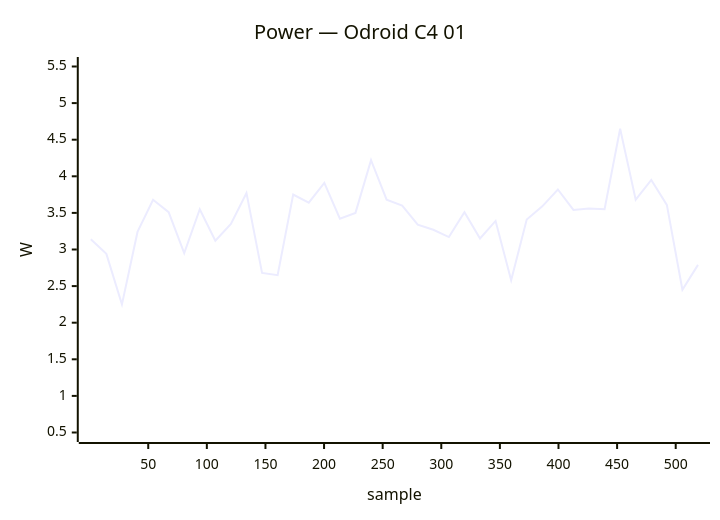
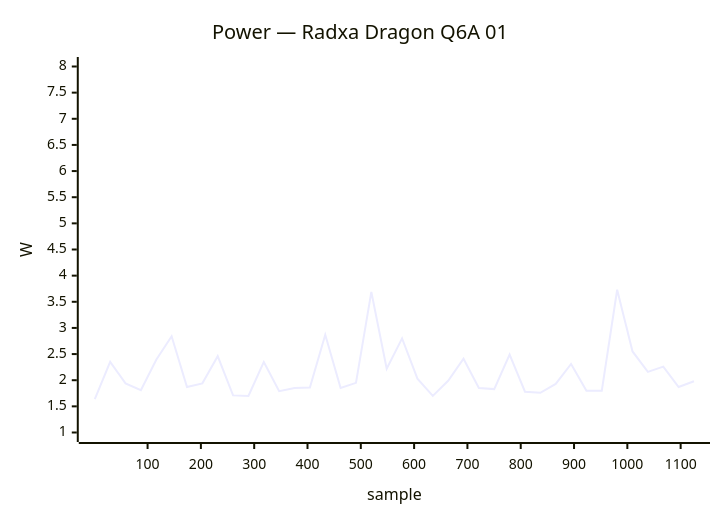
One commit to armbian/documentation changed the seventh of 34 diagrams in docs/status/board-tests.md. Above: the diagram before and after it, drawn with Mermaid. The commit also changed other lines of this file, not shown here.

````diff
--- a/docs/status/board-tests.md
+++ b/docs/status/board-tests.md
@@ -357,7 +433,7 @@
 ```mermaid
 xychart-beta
-    title "Power — Odroid C4 01"
-    x-axis "sample" 1 --> 519
-    y-axis "W" 0.5 --> 5.5
-    line [3.14, 2.94, 2.25, 3.24, 3.68, 3.51, 2.95, 3.55, 3.12, 3.35, 3.77, 2.68, 2.65, 3.75, 3.64, 3.91, 3.42, 3.50, 4.22, 3.68, 3.60, 3.34, 3.27, 3.17, 3.51, 3.15, 3.39, 2.58, 3.41, 3.59, 3.82, 3.54, 3.56, 3.55, 4.65, 3.68, 3.95, 3.61, 2.45, 2.79]
+    title "Power — Radxa Dragon Q6A 01"
+    x-axis "sample" 1 --> 1125
+    y-axis "W" 1.0 --> 8.0
+    line [1.64, 2.35, 1.94, 1.81, 2.39, 2.84, 1.87, 1.94, 2.46, 1.71, 1.70, 2.35, 1.79, 1.85, 1.86, 2.87, 1.85, 1.95, 3.69, 2.22, 2.80, 2.03, 1.70, 1.99, 2.41, 1.85, 1.83, 2.49, 1.78, 1.76, 1.93, 2.31, 1.80, 1.80, 3.73, 2.55, 2.16, 2.26, 1.87, 1.98]
 ```
````
